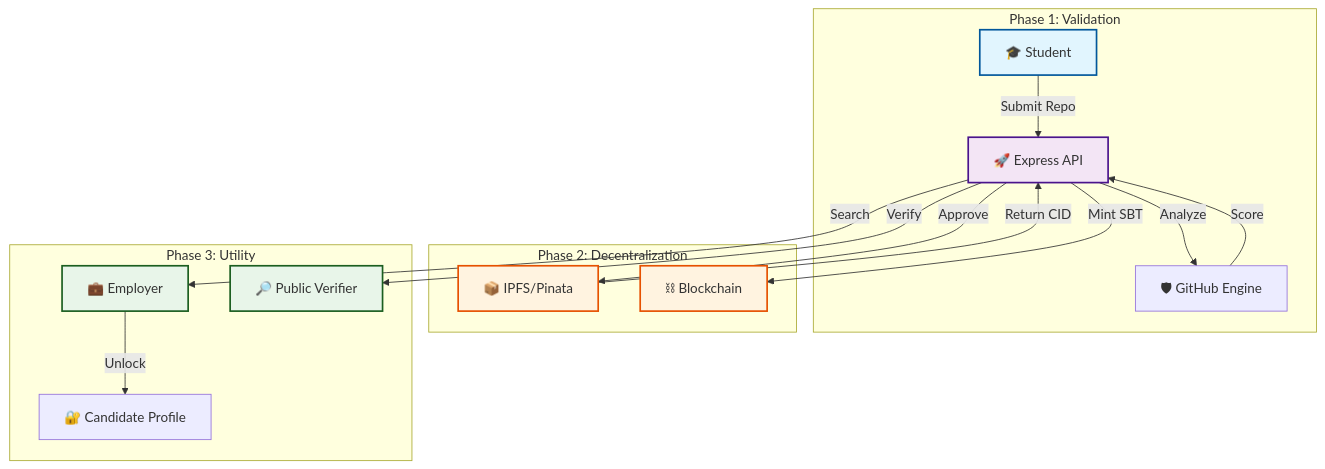
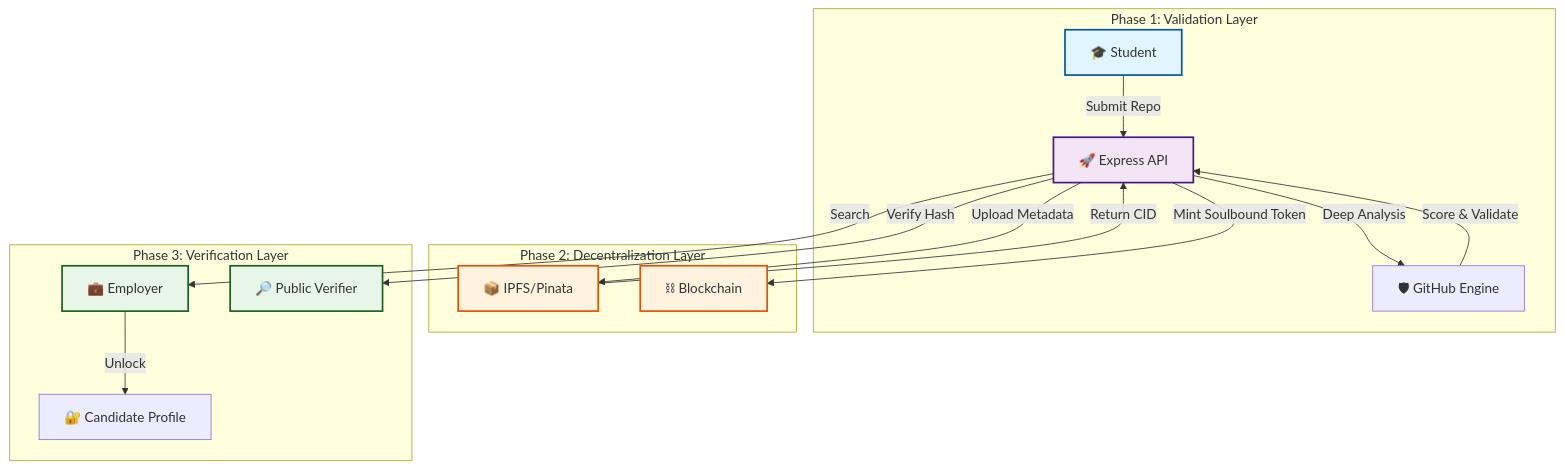
The diagram in README.md (rushikesh249/skillchain), drawn with Mermaid before and after one commit. The commit also changed other lines of this file, not shown here.

````diff
--- a/README.md
+++ b/README.md
@@ -15,30 +41,30 @@
 ```mermaid
 graph TD
-    subgraph "Phase 1: Validation"
+    subgraph "Phase 1: Validation Layer"
         Student[🎓 Student] -->|Submit Repo| API[🚀 Express API]
-        API -->|Analyze| GH[🛡 GitHub Engine]
-        GH -->|Score| API
+        API -->|Deep Analysis| GH[🛡 GitHub Engine]
+        GH -->|Score & Validate| API
     end
 
-    subgraph "Phase 2: Decentralization"
-        API -->|Approve| IPFS[📦 IPFS/Pinata]
+    subgraph "Phase 2: Decentralization Layer"
+        API -->|Upload Metadata| IPFS[📦 IPFS/Pinata]
         IPFS -->|Return CID| API
-        API -->|Mint SBT| Chain[⛓ Blockchain]
+        API -->|Mint Soulbound Token| Chain[⛓ Blockchain]
     end
 
-    subgraph "Phase 3: Utility"
+    subgraph "Phase 3: Verification Layer"
         API -->|Search| Employer[💼 Employer]
         Employer -->|Unlock| Profile[🔐 Candidate Profile]
-        API -->|Verify| Public[🔎 Public Verifier]
+        API -->|Verify Hash| Public[🔎 Public Verifier]
     end
 
     classDef student fill:#e1f5fe,stroke:#01579b,stroke-width:2px;
     classDef api fill:#f3e5f5,stroke:#4a148c,stroke-width:2px;
     classDef storage fill:#fff3e0,stroke:#e65100,stroke-width:2px;
     classDef utility fill:#e8f5e9,stroke:#1b5e20,stroke-width:2px;
 
     class Student student;
     class API api;
     class IPFS,Chain storage;
     class Employer,Public utility;
 ```
````
